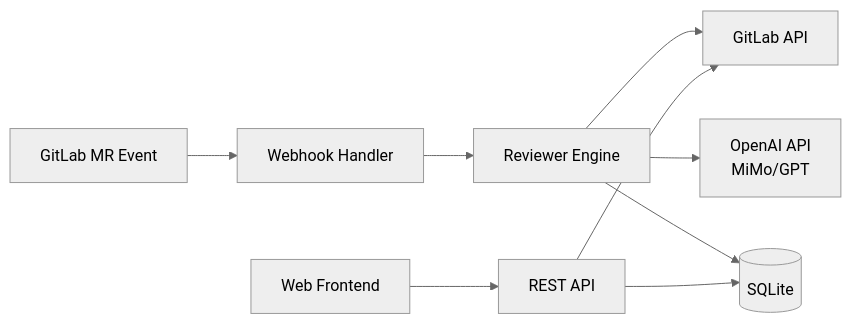
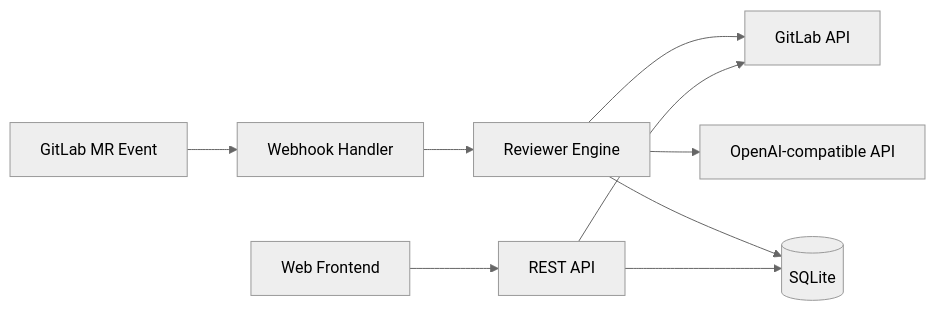
The diagram in README.md (yuhua2000/gitreviewai), drawn with Mermaid (neutral theme) before and after one commit. The commit also changed other lines of this file and 1 other file, not shown here.

````diff
--- a/README.md
+++ b/README.md
@@ -48,11 +198,11 @@
 ```mermaid
 flowchart LR
     A[GitLab MR Event] --> B[Webhook Handler]
     B --> C[Reviewer Engine]
     C --> D[GitLab API]
-    C --> E[OpenAI API<br/>MiMo/GPT]
+    C --> E[OpenAI-compatible API]
     C --> F[(SQLite)]
     G[Web Frontend] --> H[REST API]
     H --> F
     H --> D
 ```
````
